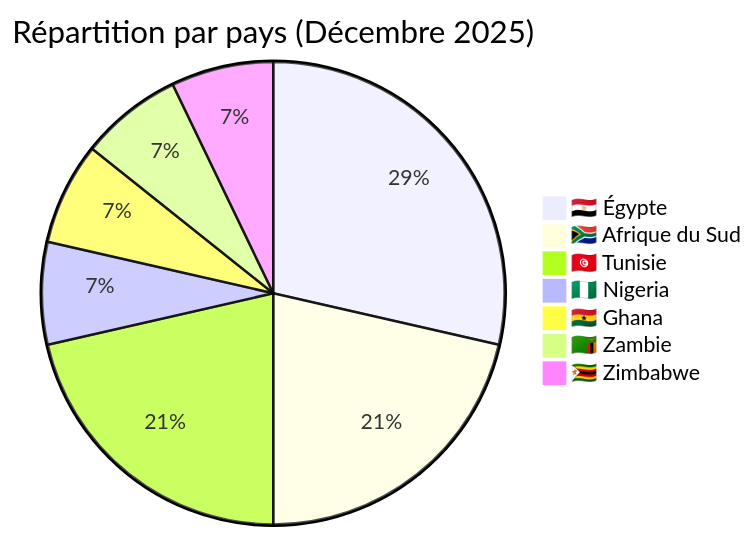
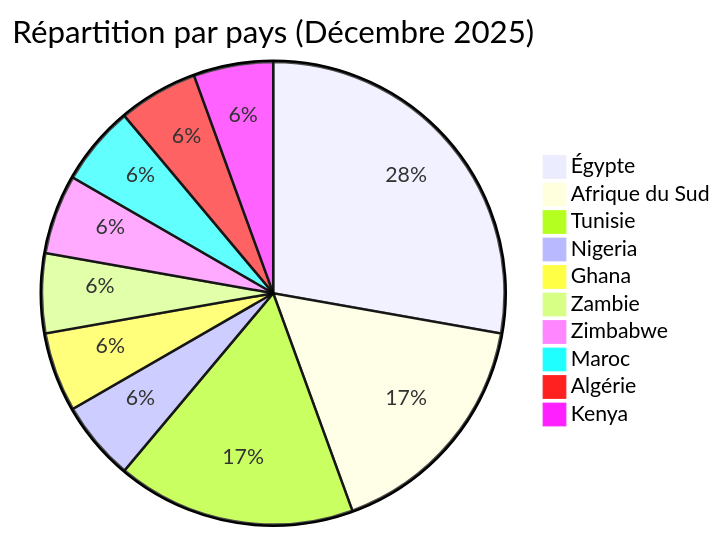
The second of 3 diagrams in CyberAttackAfrica/2025/12-december/README_FR.md (Hatchepsoute/AFRINTEL), drawn with Mermaid before and after one commit. The commit also changed other lines of this file and 255 other files, not shown here.

````diff
--- a/CyberAttackAfrica/2025/12-december/README_FR.md
+++ b/CyberAttackAfrica/2025/12-december/README_FR.md
@@ -79,10 +95,13 @@
 ```mermaid
 pie title Répartition par pays (Décembre 2025)
-    "🇪🇬 Égypte" : 4
-    "🇿🇦 Afrique du Sud" : 3
-    "🇹🇳 Tunisie" : 3
-    "🇳🇬 Nigeria" : 1
-    "🇬🇭 Ghana" : 1
-    "🇿🇲 Zambie" : 1
-    "🇿🇼 Zimbabwe" : 1
+    "Égypte" : 5
+    "Afrique du Sud" : 3
+    "Tunisie" : 3
+    "Nigeria" : 1
+    "Ghana" : 1
+    "Zambie" : 1
+    "Zimbabwe" : 1
+    "Maroc" : 1
+    "Algérie" : 1
+    "Kenya" : 1
 ```
````
